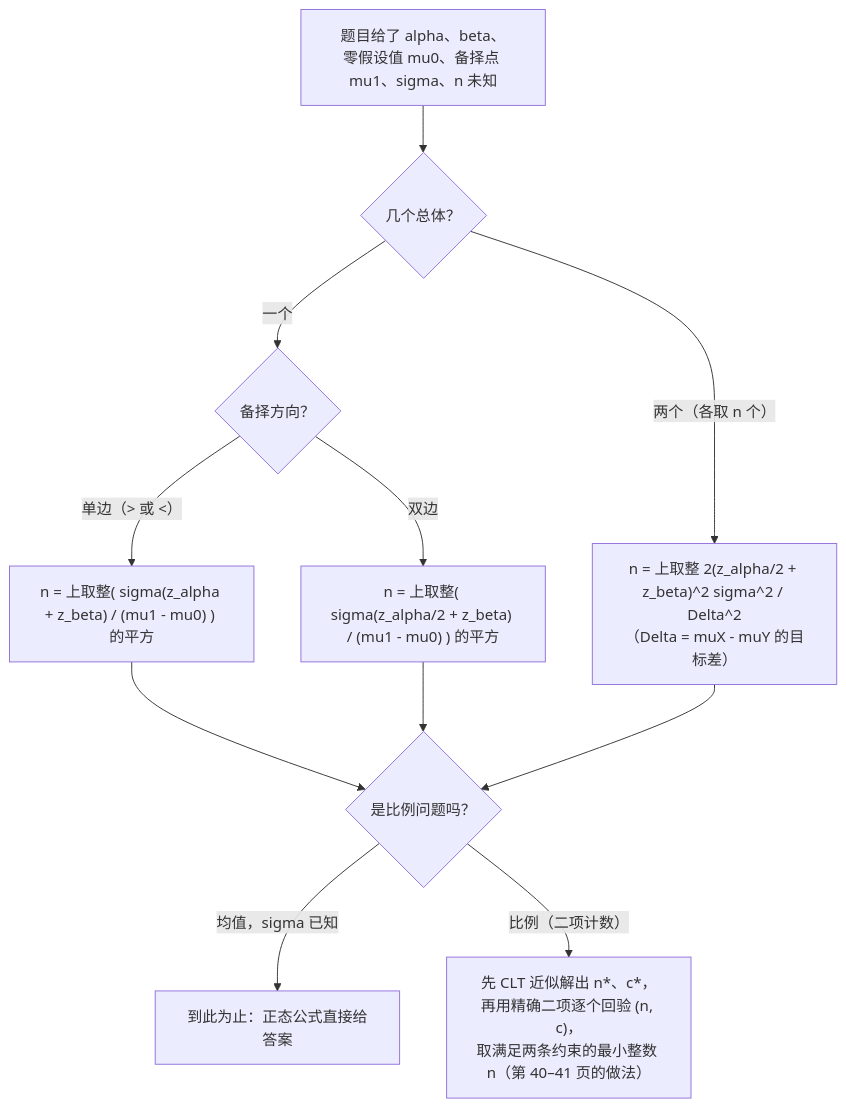
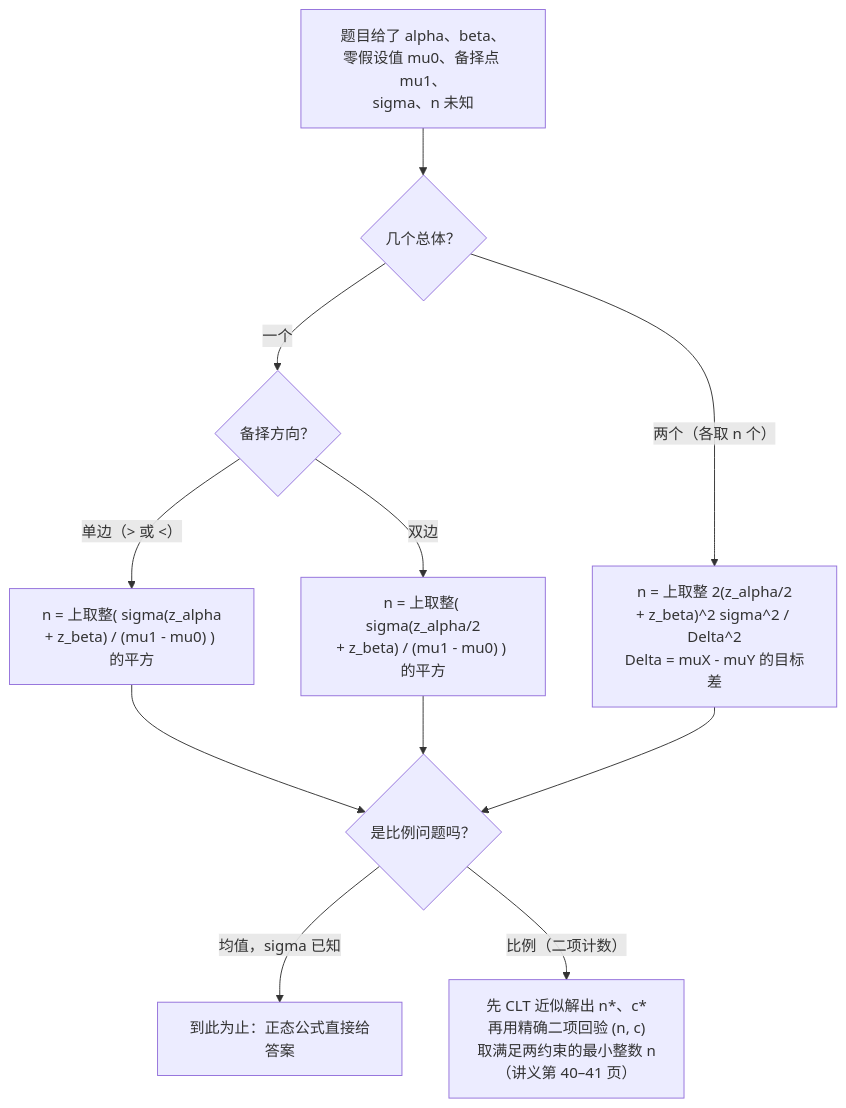
Before and after one commit to zalexk/lecture-note: the diagram in docs/STA2002-Probability-and-Statistics-II/lecture9-hypothesis-testing-iv.md, drawn with Mermaid. The commit also changed other lines of this file and 12 other files, not shown here.

First line of the commit message:
docs(STA2002): 重整 L8/L9 笔记、补概念图并修复 Mermaid 标签裁切

````diff
--- a/docs/STA2002-Probability-and-Statistics-II/lecture9-hypothesis-testing-iv.md
+++ b/docs/STA2002-Probability-and-Statistics-II/lecture9-hypothesis-testing-iv.md
@@ -79,13 +91,13 @@
 ```mermaid
 flowchart TD
-    A["题目给了 alpha、beta、<br/>零假设值 mu0、备择点 mu1、sigma、n 未知"] --> B{"几个总体？"}
+    A["题目给了 alpha、beta、<br/>零假设值 mu0、备择点 mu1、<br/>sigma、n 未知"] --> B{"几个总体？"}
     B -- "一个" --> C{"备择方向？"}
-    C -- "单边（> 或 <）" --> D["n = 上取整( sigma(z_alpha + z_beta) / (mu1 - mu0) ) 的平方"]
-    C -- "双边" --> E["n = 上取整( sigma(z_alpha/2 + z_beta) / (mu1 - mu0) ) 的平方"]
-    B -- "两个（各取 n 个）" --> F["n = 上取整 2(z_alpha/2 + z_beta)^2 sigma^2 / Delta^2<br/>（Delta = muX - muY 的目标差）"]
+    C -- "单边（> 或 <）" --> D["n = 上取整( sigma(z_alpha<br/>+ z_beta) / (mu1 - mu0) ) 的平方"]
+    C -- "双边" --> E["n = 上取整( sigma(z_alpha/2<br/>+ z_beta) / (mu1 - mu0) ) 的平方"]
+    B -- "两个（各取 n 个）" --> F["n = 上取整 2(z_alpha/2<br/>+ z_beta)^2 sigma^2 / Delta^2<br/>Delta = muX - muY 的目标差"]
     D --> G{"是比例问题吗？"}
     E --> G
     F --> G
     G -- "均值，sigma 已知" --> H["到此为止：正态公式直接给答案"]
-    G -- "比例（二项计数）" --> I["先 CLT 近似解出 n*、c*，<br/>再用精确二项逐个回验 (n, c)，<br/>取满足两条约束的最小整数 n（第 40–41 页的做法）"]
+    G -- "比例（二项计数）" --> I["先 CLT 近似解出 n*、c*<br/>再用精确二项回验 (n, c)<br/>取满足两约束的最小整数 n<br/>（讲义第 40–41 页）"]
 ```
````
